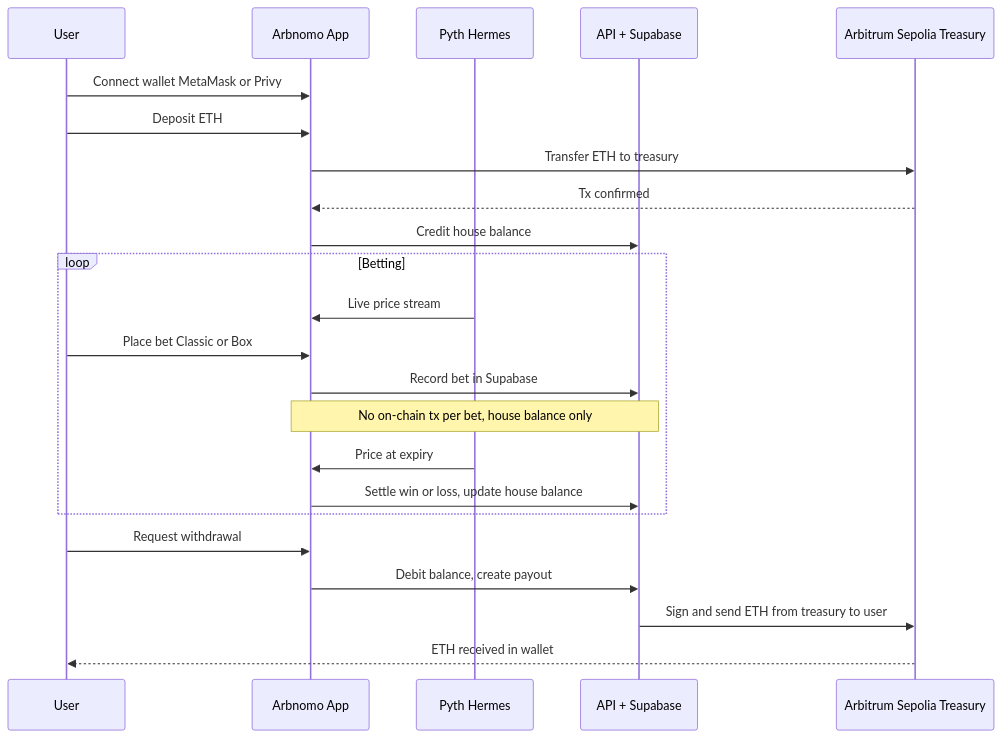
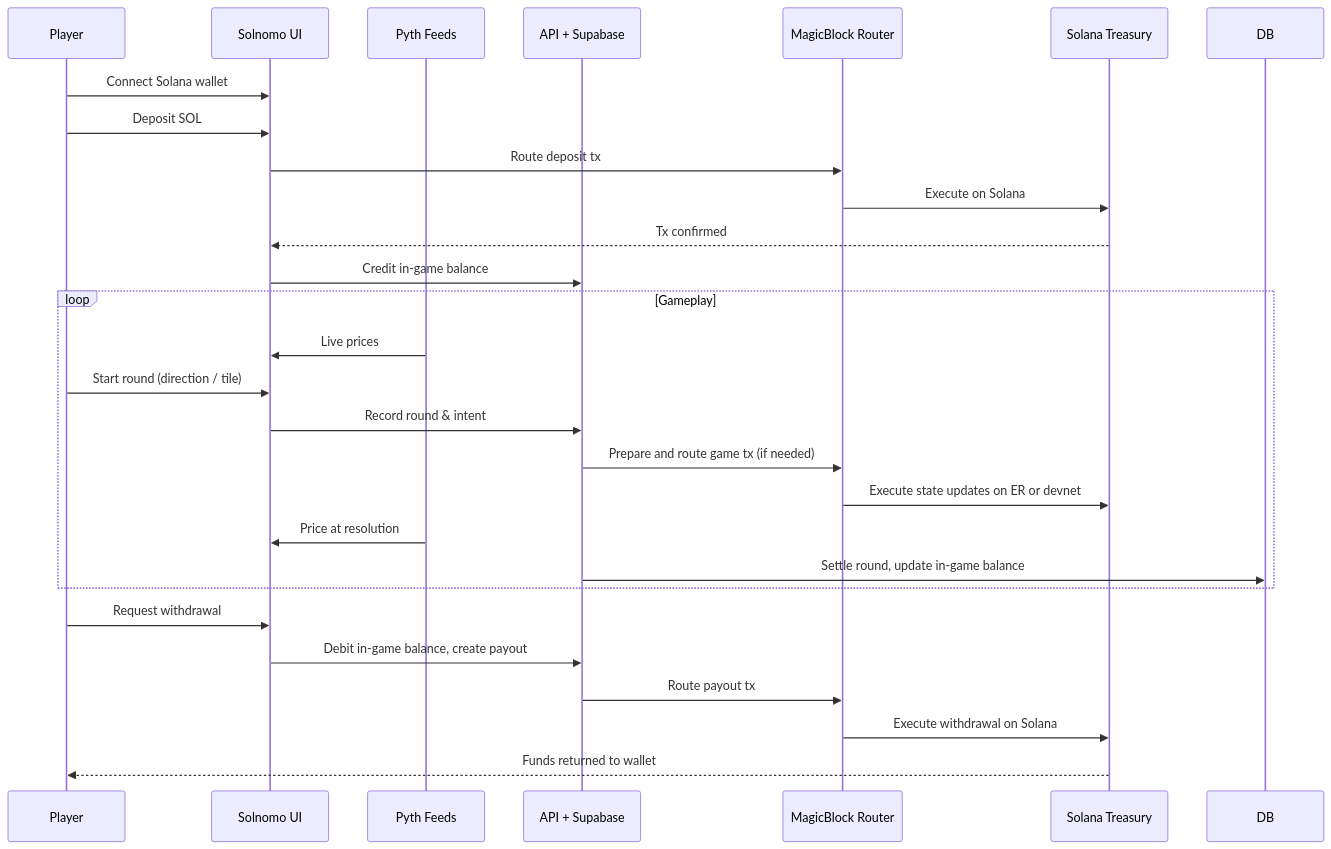
Before and after one commit to AmaanSayyad/solnomo: the third of 4 diagrams in README.md, drawn with Mermaid. The commit also changed other lines of this file and 24 other files, not shown here.

````diff
--- a/README.md
+++ b/README.md
@@ -149,28 +110,32 @@
 ```mermaid
 sequenceDiagram
-    participant U as User
-    participant App as Arbnomo App
-    participant P as Pyth Hermes
+    participant U as Player
+    participant App as Solnomo UI
+    participant P as Pyth Feeds
     participant API as API + Supabase
-    participant Arb as Arbitrum Sepolia Treasury
+    participant MB as MagicBlock Router
+    participant S as Solana Treasury
 
-    U->>App: Connect wallet MetaMask or Privy
-    U->>App: Deposit ETH
-    App->>Arb: Transfer ETH to treasury
-    Arb-->>App: Tx confirmed
-    App->>API: Credit house balance
+    U->>App: Connect Solana wallet
+    U->>App: Deposit SOL
+    App->>MB: Route deposit tx
+    MB->>S: Execute on Solana
+    S-->>App: Tx confirmed
+    App->>API: Credit in-game balance
 
-    loop Betting
-        P->>App: Live price stream
-        U->>App: Place bet Classic or Box
-        App->>API: Record bet in Supabase
-        Note over App,API: No on-chain tx per bet, house balance only
-        P->>App: Price at expiry
-        App->>API: Settle win or loss, update house balance
+    loop Gameplay
+        P->>App: Live prices
+        U->>App: Start round (direction / tile)
+        App->>API: Record round & intent
+        API->>MB: Prepare and route game tx (if needed)
+        MB->>S: Execute state updates on ER or devnet
+        P->>App: Price at resolution
+        API->>DB: Settle round, update in-game balance
     end
 
     U->>App: Request withdrawal
-    App->>API: Debit balance, create payout
-    API->>Arb: Sign and send ETH from treasury to user
-    Arb-->>U: ETH received in wallet
+    App->>API: Debit in-game balance, create payout
+    API->>MB: Route payout tx
+    MB->>S: Execute withdrawal on Solana
+    S-->>U: Funds returned to wallet
 ```
````
